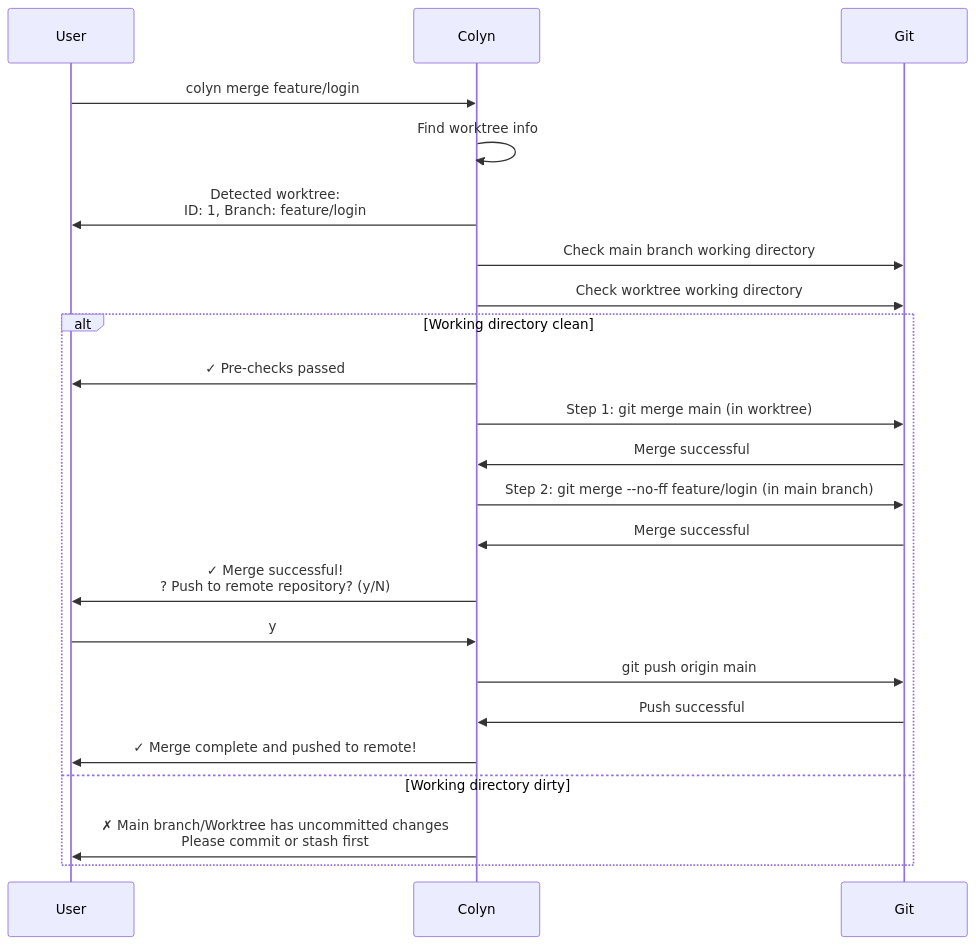
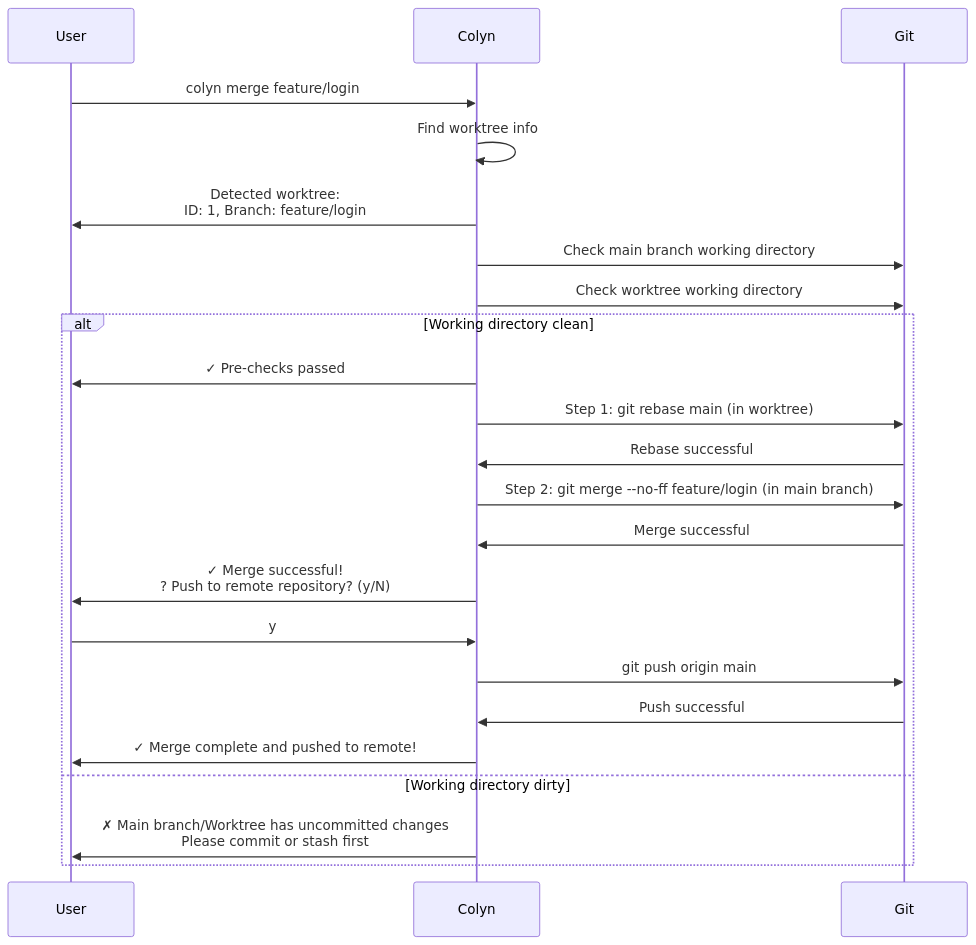
The first of 6 diagrams in docs-en/design-merge-command.md (colin-han/colyn), drawn with Mermaid before and after one commit. The commit also changed other lines of this file and 5 other files, not shown here.

````diff
--- a/docs-en/design-merge-command.md
+++ b/docs-en/design-merge-command.md
@@ -44,28 +45,28 @@
 ```mermaid
 sequenceDiagram
     participant U as User
     participant C as Colyn
     participant G as Git
 
     U->>C: colyn merge feature/login
     C->>C: Find worktree info
     C->>U: Detected worktree:<br/>ID: 1, Branch: feature/login
 
     C->>G: Check main branch working directory
     C->>G: Check worktree working directory
 
     alt Working directory clean
         C->>U: ✓ Pre-checks passed
-        C->>G: Step 1: git merge main (in worktree)
-        G->>C: Merge successful
+        C->>G: Step 1: git rebase main (in worktree)
+        G->>C: Rebase successful
         C->>G: Step 2: git merge --no-ff feature/login (in main branch)
         G->>C: Merge successful
         C->>U: ✓ Merge successful!<br/>? Push to remote repository? (y/N)
         U->>C: y
         C->>G: git push origin main
         G->>C: Push successful
         C->>U: ✓ Merge complete and pushed to remote!
     else Working directory dirty
         C->>U: ✗ Main branch/Worktree has uncommitted changes<br/>Please commit or stash first
     end
 ```
````
